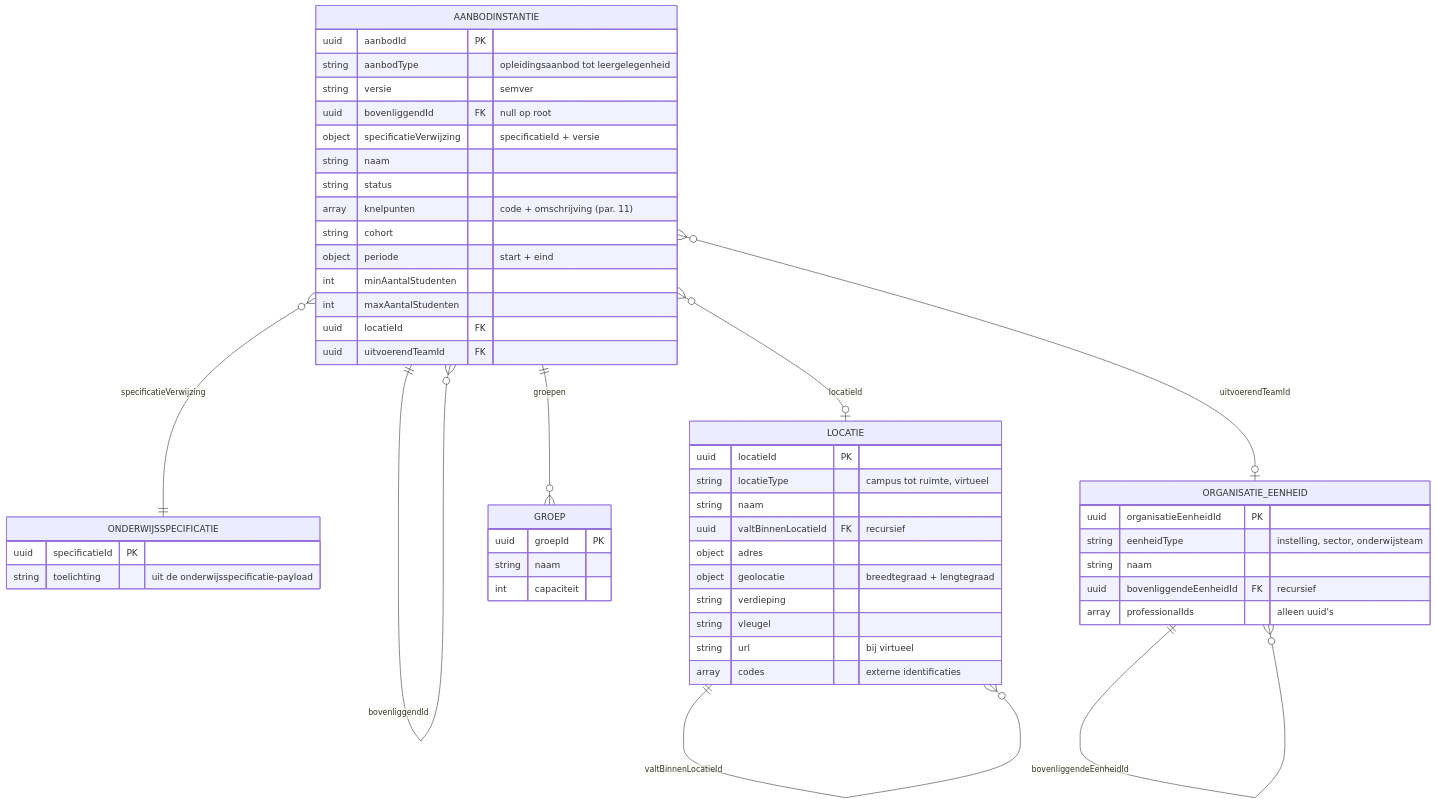
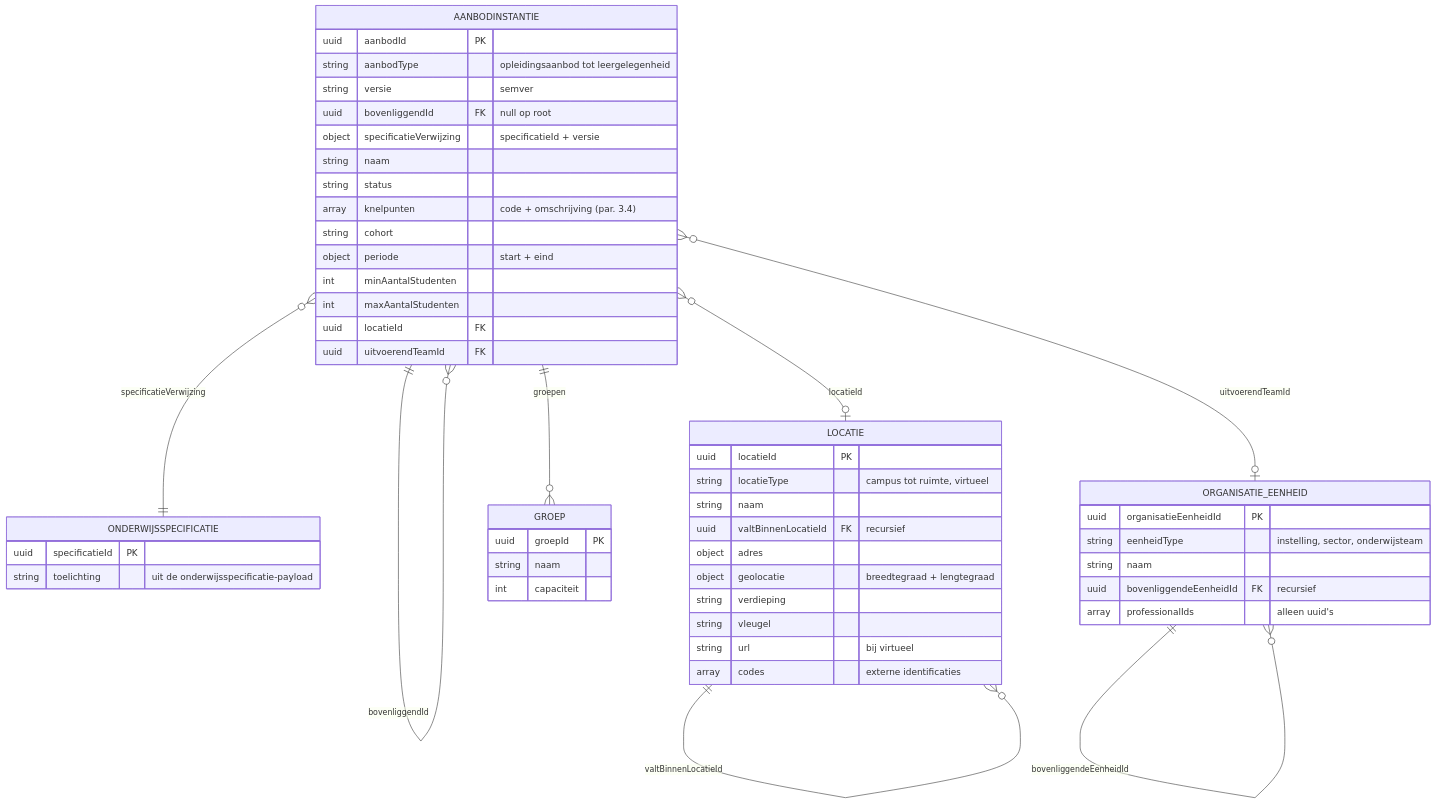
The diagram in architecture/agent-artifacts/design-docs/koppelingspecificaties/oc-p-en-r/20260723_1304_okx-lr1-onderwijsaanbod-payload-json.md (Npuls-OKx/meta), drawn with Mermaid before and after one commit. The commit also changed other lines of this file and 4 other files, not shown here.

````diff
--- a/architecture/agent-artifacts/design-docs/koppelingspecificaties/oc-p-en-r/20260723_1304_okx-lr1-onderwijsaanbod-payload-json.md
+++ b/architecture/agent-artifacts/design-docs/koppelingspecificaties/oc-p-en-r/20260723_1304_okx-lr1-onderwijsaanbod-payload-json.md
@@ -80,55 +61,55 @@
 ```mermaid
 erDiagram
     AANBODINSTANTIE ||--o{ AANBODINSTANTIE : bovenliggendId
     AANBODINSTANTIE }o--|| ONDERWIJSSPECIFICATIE : specificatieVerwijzing
     AANBODINSTANTIE }o--o| LOCATIE : locatieId
     AANBODINSTANTIE }o--o| ORGANISATIE_EENHEID : uitvoerendTeamId
     AANBODINSTANTIE ||--o{ GROEP : groepen
     LOCATIE ||--o{ LOCATIE : valtBinnenLocatieId
     ORGANISATIE_EENHEID ||--o{ ORGANISATIE_EENHEID : bovenliggendeEenheidId
 
     AANBODINSTANTIE {
         uuid aanbodId PK
         string aanbodType "opleidingsaanbod tot leergelegenheid"
         string versie "semver"
         uuid bovenliggendId FK "null op root"
         object specificatieVerwijzing "specificatieId + versie"
         string naam
         string status
-        array knelpunten "code + omschrijving (par. 11)"
+        array knelpunten "code + omschrijving (par. 3.4)"
         string cohort
         object periode "start + eind"
         int minAantalStudenten
         int maxAantalStudenten
         uuid locatieId FK
         uuid uitvoerendTeamId FK
     }
     GROEP {
         uuid groepId PK
         string naam
         int capaciteit
     }
     LOCATIE {
         uuid locatieId PK
         string locatieType "campus tot ruimte, virtueel"
         string naam
         uuid valtBinnenLocatieId FK "recursief"
         object adres
         object geolocatie "breedtegraad + lengtegraad"
         string verdieping
         string vleugel
         string url "bij virtueel"
         array codes "externe identificaties"
     }
     ORGANISATIE_EENHEID {
         uuid organisatieEenheidId PK
         string eenheidType "instelling, sector, onderwijsteam"
         string naam
         uuid bovenliggendeEenheidId FK "recursief"
         array professionalIds "alleen uuid's"
     }
     ONDERWIJSSPECIFICATIE {
         uuid specificatieId PK
         string toelichting "uit de onderwijsspecificatie-payload"
     }
 ```
````
